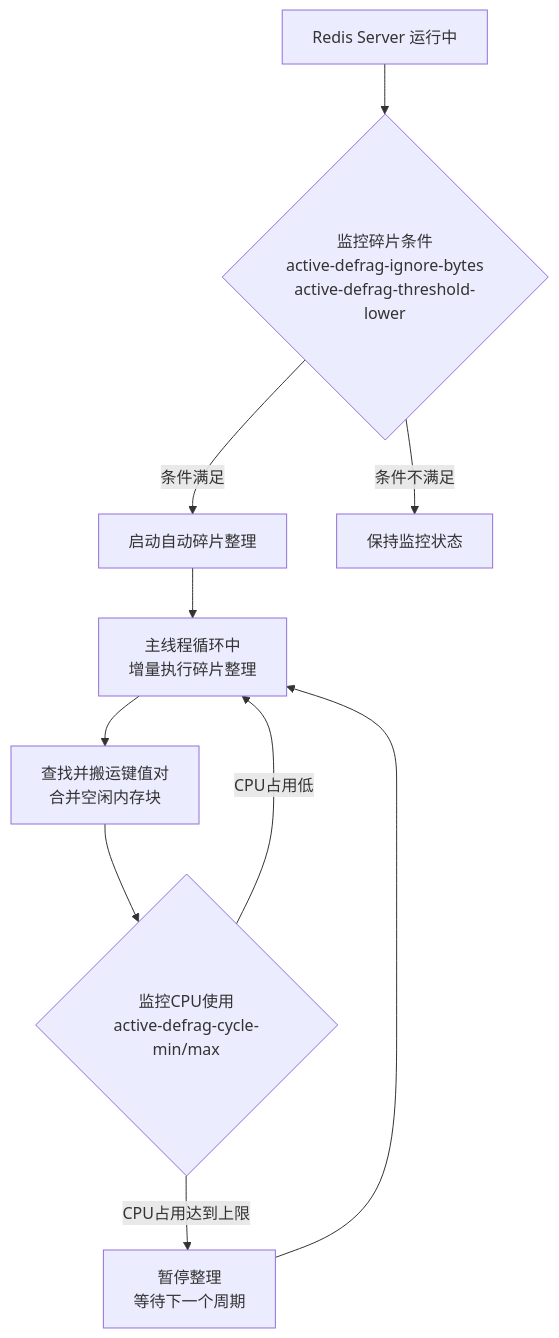
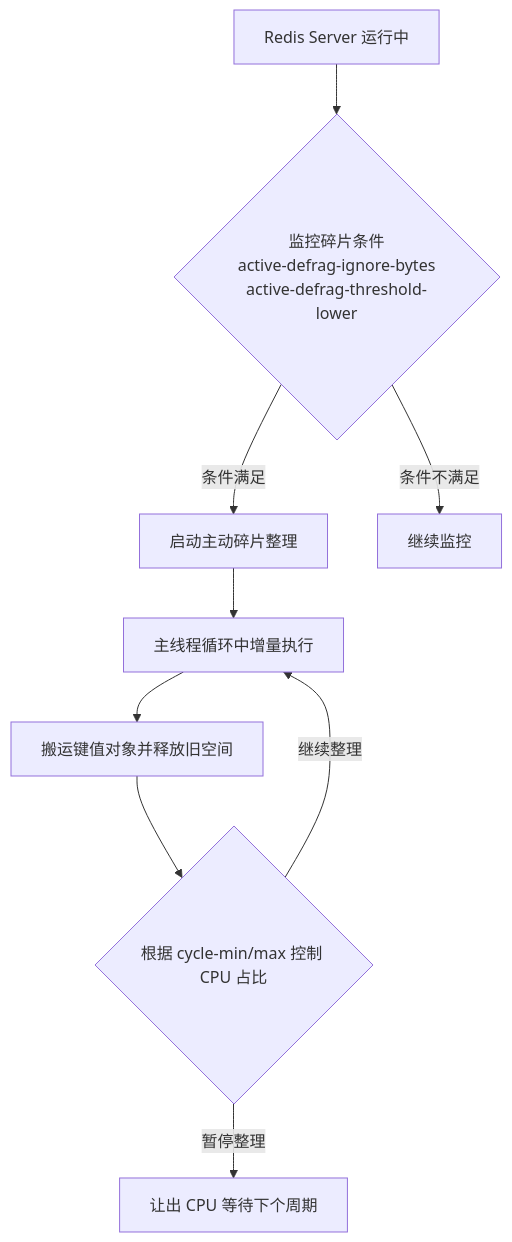
One commit to zxNchuPG/zxNchuPG.github.io changed the third of 3 diagrams in _posts/2024-07-14-redis汇总.markdown. Above: the diagram before and after it, drawn with Mermaid. The commit also changed other lines of this file and 2 other files, not shown here.

````diff
--- a/_posts/2024-07-14-redis汇总.markdown
+++ b/_posts/2024-07-14-redis汇总.markdown
@@ -475,12 +552,11 @@
 ```mermaid
 flowchart TD
-    A[Redis Server 运行中] --> B{监控碎片条件<br>active-defrag-ignore-bytes<br>active-defrag-threshold-lower};
-    B -- 条件满足 --> C[启动自动碎片整理];
-    C --> D[主线程循环中<br>增量执行碎片整理];
-    D --> E[查找并搬运键值对<br>合并空闲内存块];
-    E --> F{监控CPU使用<br>active-defrag-cycle-min/max};
-    F -- CPU占用低 --> D;
-    F -- CPU占用达到上限 --> G[暂停整理<br>等待下一个周期];
-    G --> D;
-    B -- 条件不满足 --> H[保持监控状态];
+    A[Redis Server 运行中] --> B{监控碎片条件<br>active-defrag-ignore-bytes<br>active-defrag-threshold-lower}
+    B -- 条件满足 --> C[启动主动碎片整理]
+    C --> D[主线程循环中增量执行]
+    D --> E[搬运键值对象并释放旧空间]
+    E --> F{根据 cycle-min/max 控制 CPU 占比}
+    F -- 继续整理 --> D
+    F -- 暂停整理 --> G[让出 CPU 等待下个周期]
+    B -- 条件不满足 --> H[继续监控]
 ```
````
